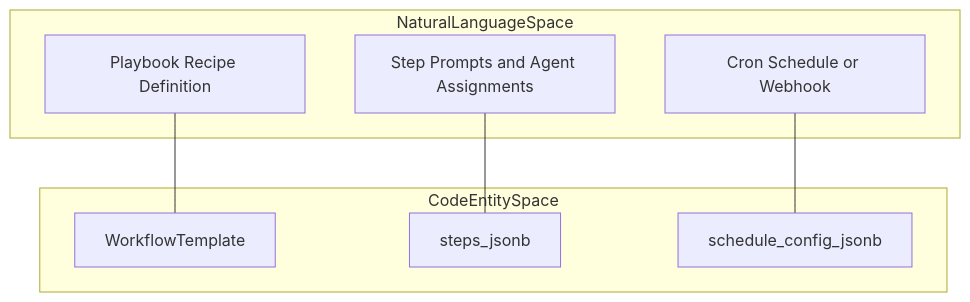
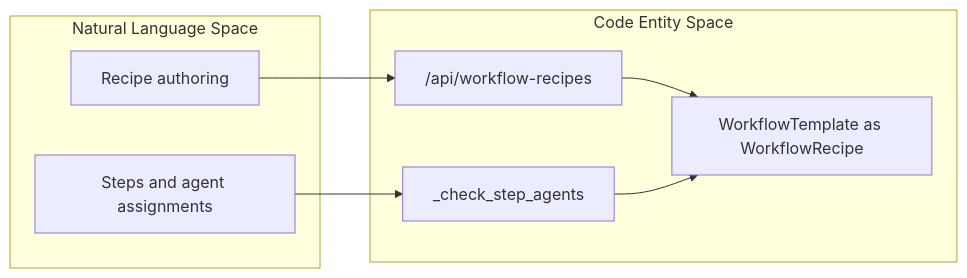
Before and after one commit to AutomatosAI/automatos-ai: the first of 4 diagrams in docs/workflows-recipes/_index.md, drawn with Mermaid. The commit also changed other lines of this file and 188 other files, not shown here.

First line of the commit message:
docs: refresh architecture docs and add coverage for new subsystems (#1416)

````diff
--- a/docs/workflows-recipes/_index.md
+++ b/docs/workflows-recipes/_index.md
@@ -58,18 +64,16 @@
 ```mermaid
-graph TB
-    subgraph "NaturalLanguageSpace"
-        NL_Recipe["Playbook Recipe Definition"]
-        NL_Steps["Step Prompts and Agent Assignments"]
-        NL_Trigger["Cron Schedule or Webhook"]
+graph LR
+    subgraph "Natural Language Space"
+        Authoring["Recipe authoring"]
+        Steps["Steps and agent assignments"]
     end
-
-    subgraph "CodeEntitySpace"
-        CE_Recipe["WorkflowTemplate"]
-        CE_Steps["steps_jsonb"]
-        CE_Sched["schedule_config_jsonb"]
+    subgraph "Code Entity Space"
+        Router["/api/workflow-recipes"]
+        Recipe["WorkflowTemplate as WorkflowRecipe"]
+        AgentCheck["_check_step_agents"]
     end
-
-    NL_Recipe --- CE_Recipe
-    NL_Steps --- CE_Steps
-    NL_Trigger --- CE_Sched
+    Authoring --> Router
+    Steps --> AgentCheck
+    Router --> Recipe
+    AgentCheck --> Recipe
 ```
````
